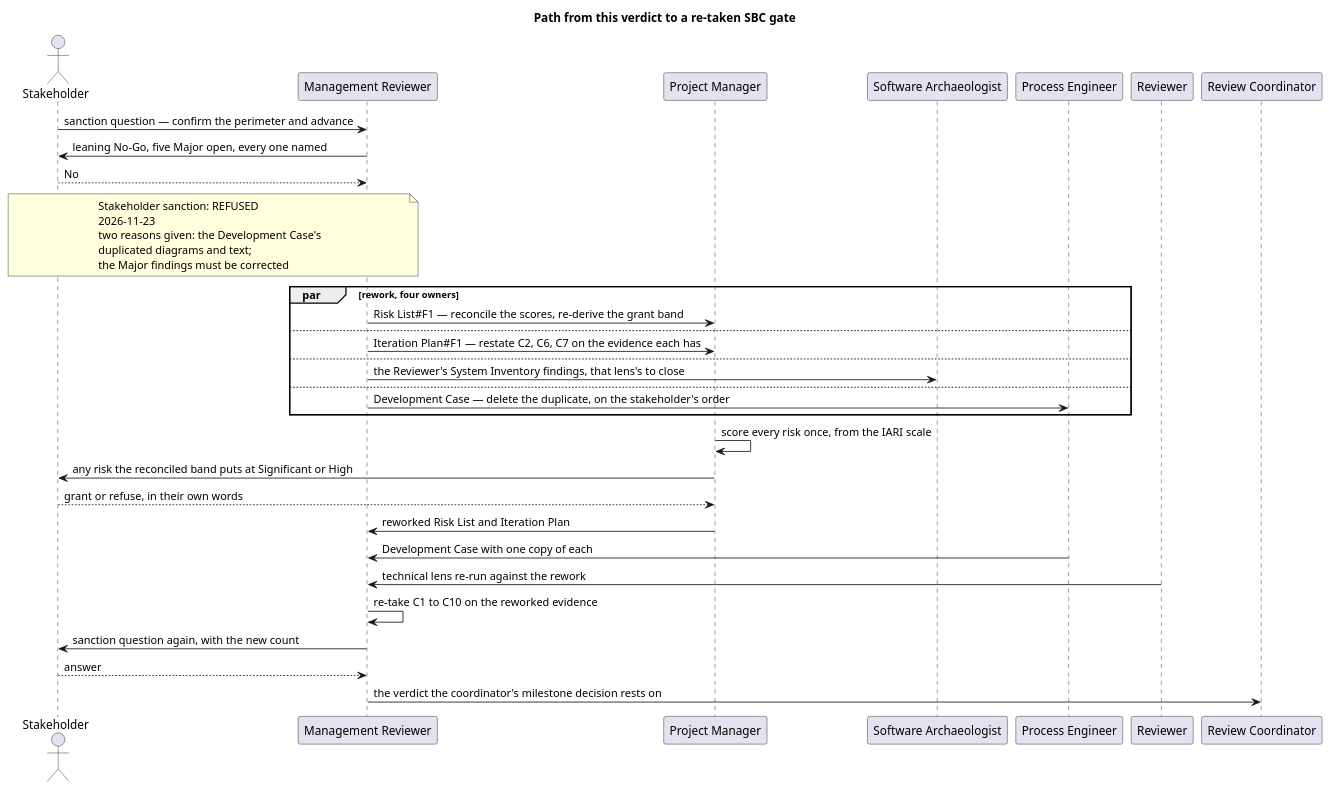
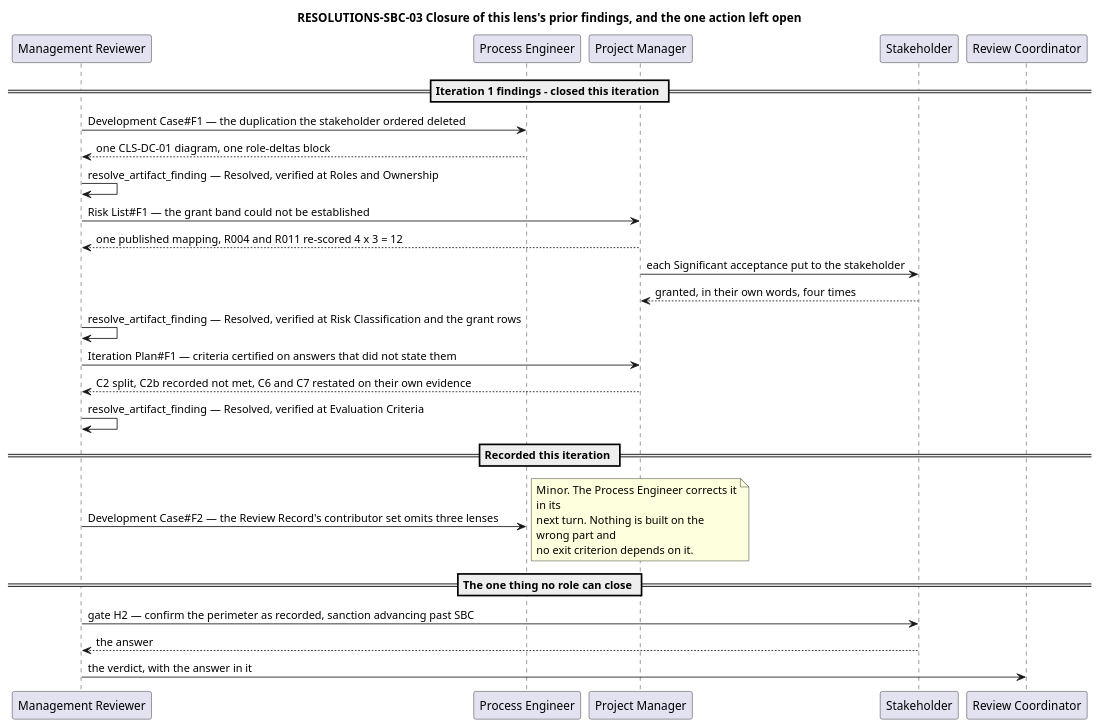
Before and after one commit to banense-test/TodoApp: the ninth of 13 diagrams in docs/artifacts/project-management/review-record.md, drawn with PlantUML. The commit also changed other lines of this file, not shown here.

Commit message:
Management Reviewer [Survey2]: upsert Review Record
[skip ci]

````diff
--- a/docs/artifacts/project-management/review-record.md
+++ b/docs/artifacts/project-management/review-record.md
@@ -720,49 +712,43 @@
 ```plantuml
 @startuml
-title Path from this verdict to a re-taken SBC gate
+title RESOLUTIONS-SBC-03 Closure of this lens's prior findings, and the one action left open
 
 skinparam shadowing false
 skinparam sequenceMessageAlign left
+skinparam wrapWidth 240
 
-actor "Stakeholder" as SH
 participant "Management Reviewer" as MR
+participant "Process Engineer" as PE
 participant "Project Manager" as PM
-participant "Software Archaeologist" as SWA
-participant "Process Engineer" as PE
-participant "Reviewer" as RV
+participant "Stakeholder" as SH
 participant "Review Coordinator" as RC
 
-SH -> MR : sanction question — confirm the perimeter and advance
-MR -> SH : leaning No-Go, five Major open, every one named
-SH --> MR : No
-note over SH, MR
-  Stakeholder sanction: REFUSED
-  2026-11-23
-  two reasons given: the Development Case's
-  duplicated diagrams and text;
-  the Major findings must be corrected
+== Iteration 1 findings - closed this iteration ==
+MR -> PE : Development Case#F1 — the duplication the stakeholder ordered deleted
+PE --> MR : one CLS-DC-01 diagram, one role-deltas block
+MR -> MR : resolve_artifact_finding — Resolved, verified at Roles and Ownership
+
+MR -> PM : Risk List#F1 — the grant band could not be established
+PM --> MR : one published mapping, R004 and R011 re-scored 4 x 3 = 12
+PM -> SH : each Significant acceptance put to the stakeholder
+SH --> PM : granted, in their own words, four times
+MR -> MR : resolve_artifact_finding — Resolved, verified at Risk Classification and the grant rows
+
+MR -> PM : Iteration Plan#F1 — criteria certified on answers that did not state them
+PM --> MR : C2 split, C2b recorded not met, C6 and C7 restated on their own evidence
+MR -> MR : resolve_artifact_finding — Resolved, verified at Evaluation Criteria
+
+== Recorded this iteration ==
+MR -> PE : Development Case#F2 — the Review Record's contributor set omits three lenses
+note right
+  Minor. The Process Engineer corrects it in its
+  next turn. Nothing is built on the wrong part and
+  no exit criterion depends on it.
 end note
 
-par rework, four owners
-  MR -> PM : Risk List#F1 — reconcile the scores, re-derive the grant band
-else
-  MR -> PM : Iteration Plan#F1 — restate C2, C6, C7 on the evidence each has
-else
-  MR -> SWA : the Reviewer's System Inventory findings, that lens's to close
-else
-  MR -> PE : Development Case — delete the duplicate, on the stakeholder's order
-end
-
-PM -> PM : score every risk once, from the IARI scale
-PM -> SH : any risk the reconciled band puts at Significant or High
-SH --> PM : grant or refuse, in their own words
-
-PM -> MR : reworked Risk List and Iteration Plan
-PE -> MR : Development Case with one copy of each
-RV -> MR : technical lens re-run against the rework
-MR -> MR : re-take C1 to C10 on the reworked evidence
-MR -> SH : sanction question again, with the new count
-SH --> MR : answer
-MR -> RC : the verdict the coordinator's milestone decision rests on
+== The one thing no role can close ==
+MR -> SH : gate H2 — confirm the perimeter as recorded, sanction advancing past SBC
+SH --> MR : the answer
+MR -> RC : the verdict, with the answer in it
 @enduml
 ```
````
